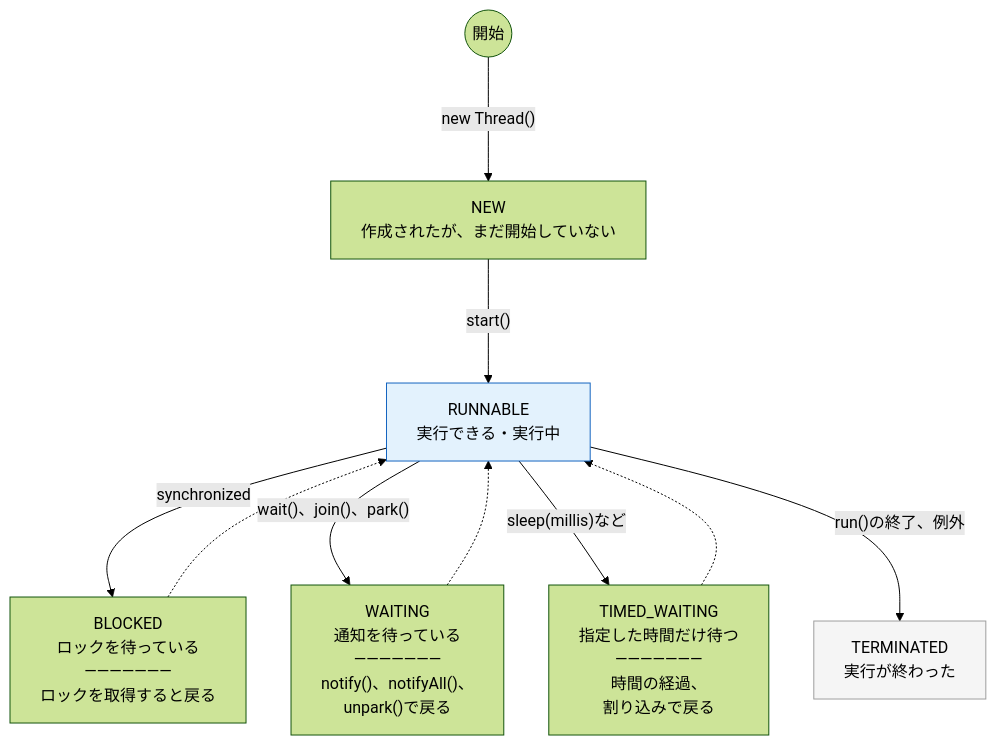
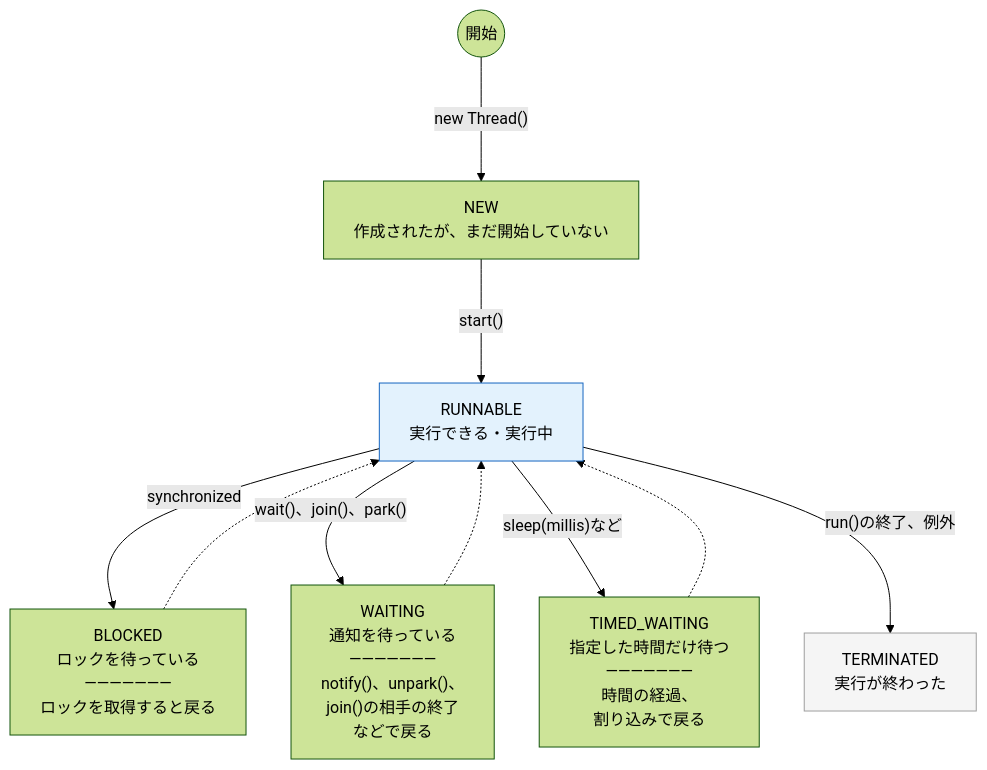
The diagram in docs/diagrams/chapter15-thread-lifecycle.mmd (Nagatani/techbook-java-primer), drawn with Mermaid (forest theme) before and after one commit. The commit also changed 36 other files, not shown here.

First line of the commit message:
fix: 第9〜16章を校閲し、技術的な誤り・図の食い違い・表記を直す

```diff
--- a/docs/diagrams/chapter15-thread-lifecycle.mmd
+++ b/docs/diagrams/chapter15-thread-lifecycle.mmd
@@ -1,28 +1,28 @@
 ---
 config:
   flowchart:
     nodeSpacing: 45
     rankSpacing: 100
     wrappingWidth: 300
 ---
 flowchart TB
     start(("開始"))
     NEW["NEW<br/>作成されたが、まだ開始していない"]
     R["RUNNABLE<br/>実行できる・実行中"]
     B["BLOCKED<br/>ロックを待っている<br/>―――――――<br/>ロックを取得すると戻る"]
-    W["WAITING<br/>通知を待っている<br/>―――――――<br/>notify()、notifyAll()、<br/>unpark()で戻る"]
+    W["WAITING<br/>通知を待っている<br/>―――――――<br/>notify()、unpark()、<br/>join()の相手の終了<br/>などで戻る"]
     TW["TIMED_WAITING<br/>指定した時間だけ待つ<br/>―――――――<br/>時間の経過、<br/>割り込みで戻る"]
     T["TERMINATED<br/>実行が終わった"]
 
     start -->|"new Thread()"| NEW
     NEW -->|"start()"| R
     R -->|"synchronized"| B
     R -->|"wait()、join()、park()"| W
     R -->|"sleep(millis)など"| TW
     R -->|"run()の終了、例外"| T
     B -.-> R
     W -.-> R
     TW -.-> R
 
     style R fill:#e3f2fd,stroke:#1565c0
     style T fill:#f5f5f5,stroke:#9e9e9e
```
